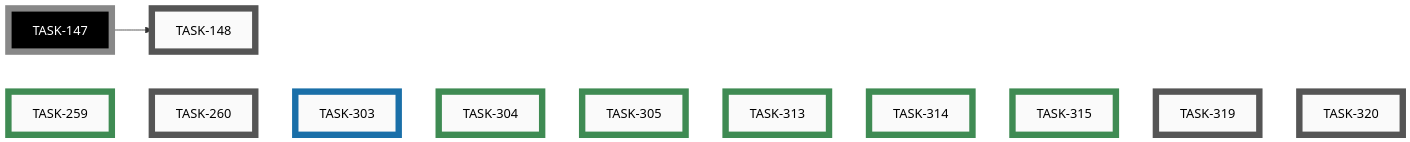
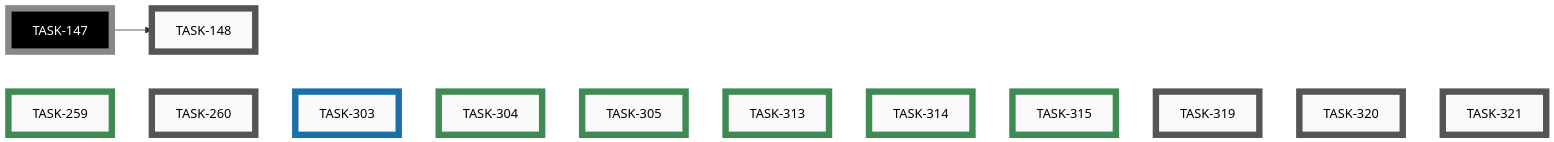
The seventh of 7 diagrams in docs/developers/tasks/EPICS.md (tgd1975/AwesomeStudioPedal), drawn with Mermaid before and after one commit. The commit also changed other lines of this file and 3 other files, not shown here.

First line of the commit message:
TASK-321: scaffold task to fix CI failures (Mermaid lint, clang-tidy) and prevent dirty pushes

````diff
--- a/docs/developers/tasks/EPICS.md
+++ b/docs/developers/tasks/EPICS.md
@@ -242,36 +242,38 @@
 ```mermaid
 graph LR
     TASK_148["TASK-148"]:::open
     TASK_260["TASK-260"]:::open
     TASK_319["TASK-319"]:::open
     TASK_320["TASK-320"]:::open
+    TASK_321["TASK-321"]:::open
     TASK_303["TASK-303"]:::active
     TASK_259["TASK-259"]:::closed
     TASK_304["TASK-304"]:::closed
     TASK_305["TASK-305"]:::closed
     TASK_313["TASK-313"]:::closed
     TASK_314["TASK-314"]:::closed
     TASK_315["TASK-315"]:::closed
     TASK_147["TASK-147"]:::openExt
     TASK_147 --> TASK_148
-    TASK_259 ~~~ TASK_260 ~~~ TASK_303 ~~~ TASK_304 ~~~ TASK_305 ~~~ TASK_313 ~~~ TASK_314 ~~~ TASK_315 ~~~ TASK_319 ~~~ TASK_320
+    TASK_259 ~~~ TASK_260 ~~~ TASK_303 ~~~ TASK_304 ~~~ TASK_305 ~~~ TASK_313 ~~~ TASK_314 ~~~ TASK_315 ~~~ TASK_319 ~~~ TASK_320 ~~~ TASK_321
     click TASK_148 "open/task-148-reorganise-developer-documentation.md"
     click TASK_260 "open/task-260-unify-version-numbers-across-deliverables.md"
     click TASK_319 "open/task-319-remove-wireviz-precommit-block.md"
     click TASK_320 "open/task-320-remove-ble-flag-precommit-check.md"
+    click TASK_321 "open/task-321-fix-ci-failures-mermaid-clang-tidy.md"
     click TASK_303 "active/task-303-simulator-boots-with-demo-loaded.md"
     click TASK_259 "closed/task-259-android-app-test-protocol.md"
     click TASK_304 "closed/task-304-simulator-button-no-hover-reaction.md"
     click TASK_305 "closed/task-305-add-category-field-to-ideas.md"
     click TASK_313 "closed/task-313-emoji-icons-for-idea-categories.md"
     click TASK_314 "closed/task-314-nbsp-between-icon-and-category.md"
     click TASK_315 "closed/task-315-idea-sub-file-naming-convention.md"
     classDef open    fill:#FAFAFA,stroke:#555,stroke-width:8px,color:#000
     classDef active  fill:#FAFAFA,stroke:#1A6FA8,stroke-width:8px,color:#000
     classDef closed  fill:#FAFAFA,stroke:#3F8B53,stroke-width:8px,color:#000
     classDef paused  fill:#FAFAFA,stroke:#B07810,stroke-width:8px,color:#000
     classDef openExt    fill:#000,stroke:#888,stroke-width:8px,color:#FFF
     classDef activeExt  fill:#000,stroke:#3FA9F5,stroke-width:8px,color:#FFF
     classDef closedExt  fill:#000,stroke:#7CC68A,stroke-width:8px,color:#FFF
     classDef pausedExt  fill:#000,stroke:#F0B030,stroke-width:8px,color:#FFF
 ```
````
